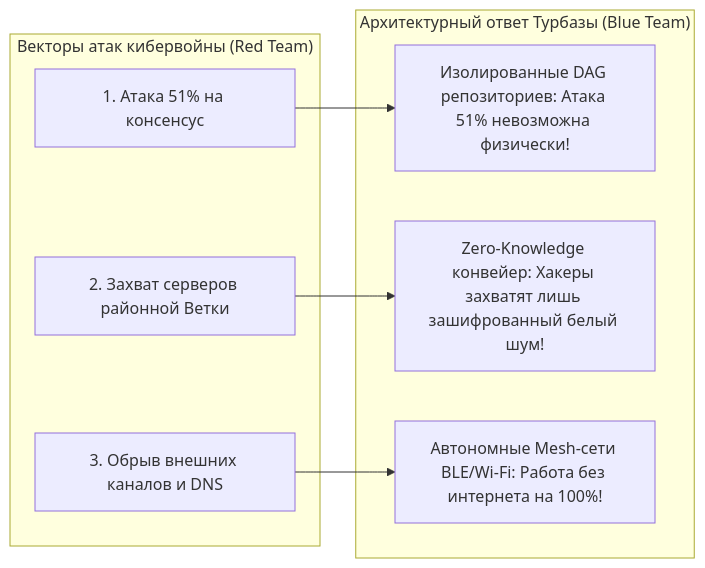
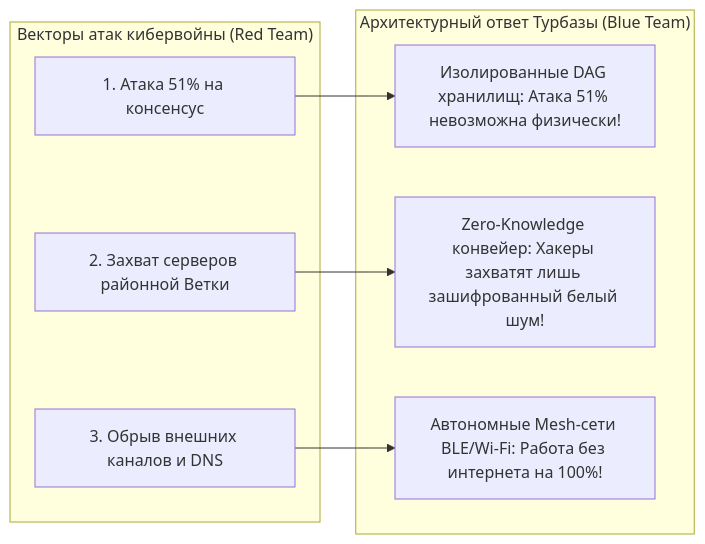
The tenth of 10 diagrams in architecture_presentations/07_cryptography_and_api_economy/docs/presentation_deck.md (Data-Independence-Network/presentations), drawn with Mermaid before and after one commit. The commit also changed other lines of this file and 28 other files, not shown here.

```diff
--- a/architecture_presentations/07_cryptography_and_api_economy/docs/presentation_deck.md
+++ b/architecture_presentations/07_cryptography_and_api_economy/docs/presentation_deck.md
@@ -713,18 +713,18 @@
         <div class="mermaid">
 graph LR
     subgraph RedTeam["Векторы атак кибервойны (Red Team)"]
         A1["1. Атака 51% на консенсус"]
         A2["2. Захват серверов районной Ветки"]
         A3["3. Обрыв внешних каналов и DNS"]
     end
 
     subgraph BlueTeam["Архитектурный ответ Турбазы (Blue Team)"]
-        D1["Изолированные DAG репозиториев: Атака 51% невозможна физически!"]
+        D1["Изолированные DAG хранилищ: Атака 51% невозможна физически!"]
         D2["Zero-Knowledge конвейер: Хакеры захватят лишь зашифрованный белый шум!"]
         D3["Автономные Mesh-сети BLE/Wi-Fi: Работа без интернета на 100%!"]
     end
 
     A1 --> D1
     A2 --> D2
     A3 --> D3
         </div>
```
